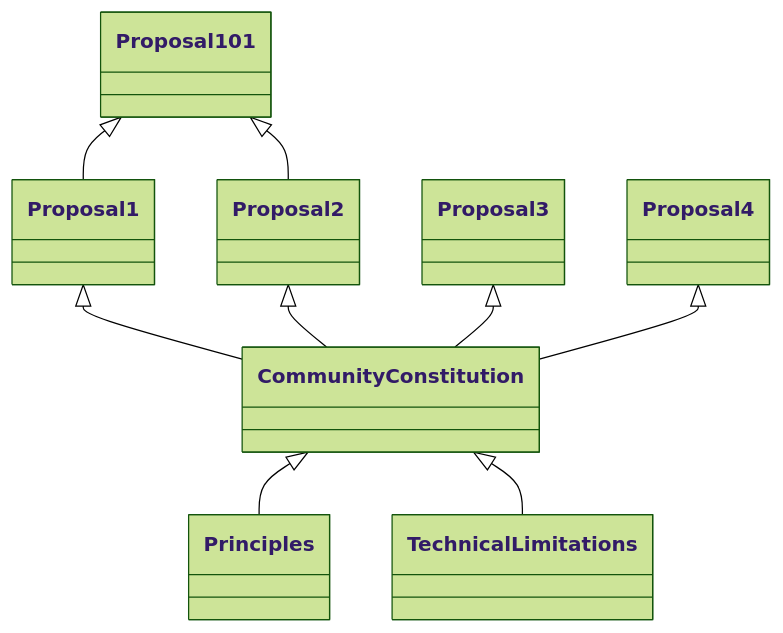
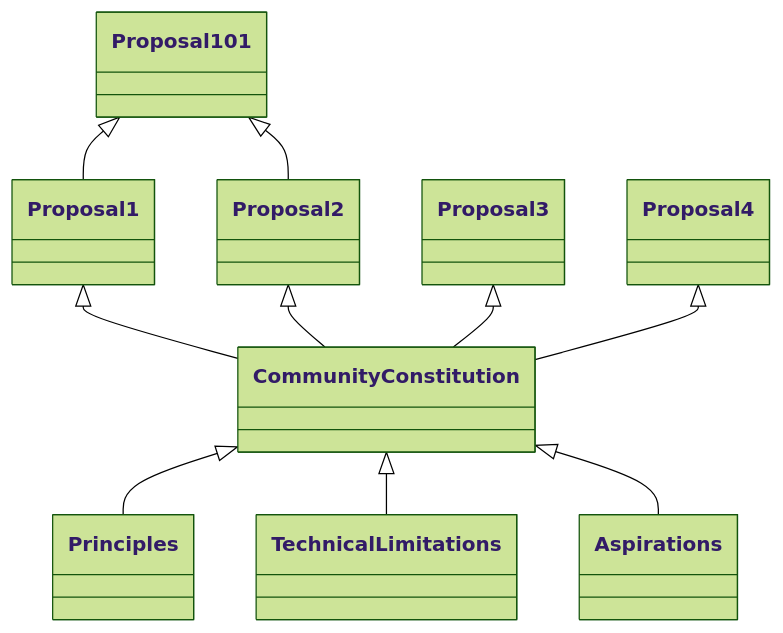
The fifth of 5 diagrams in evmos/PrecedenceGraph.md (the-laurel/chain-proposals), drawn with Mermaid (forest theme) before and after one commit. The commit also changed other lines of this file, not shown here.

````diff
--- a/evmos/PrecedenceGraph.md
+++ b/evmos/PrecedenceGraph.md
@@ -120,16 +141,16 @@
 ```mermaid
 classDiagram
 
 Proposal 1 <|-- Community Constitution
 Proposal 2 <|-- Community Constitution
 Proposal 3 <|-- Community Constitution
 Proposal 4 <|-- Community Constitution
 
 Proposal 101 <|-- Proposal 2
 Proposal 101 <|-- Proposal 1
 
 Community Constitution <|-- Principles
 Community Constitution <|-- Technical Limitations
-
+Community Constitution <|-- Aspirations
 
 ```
````
